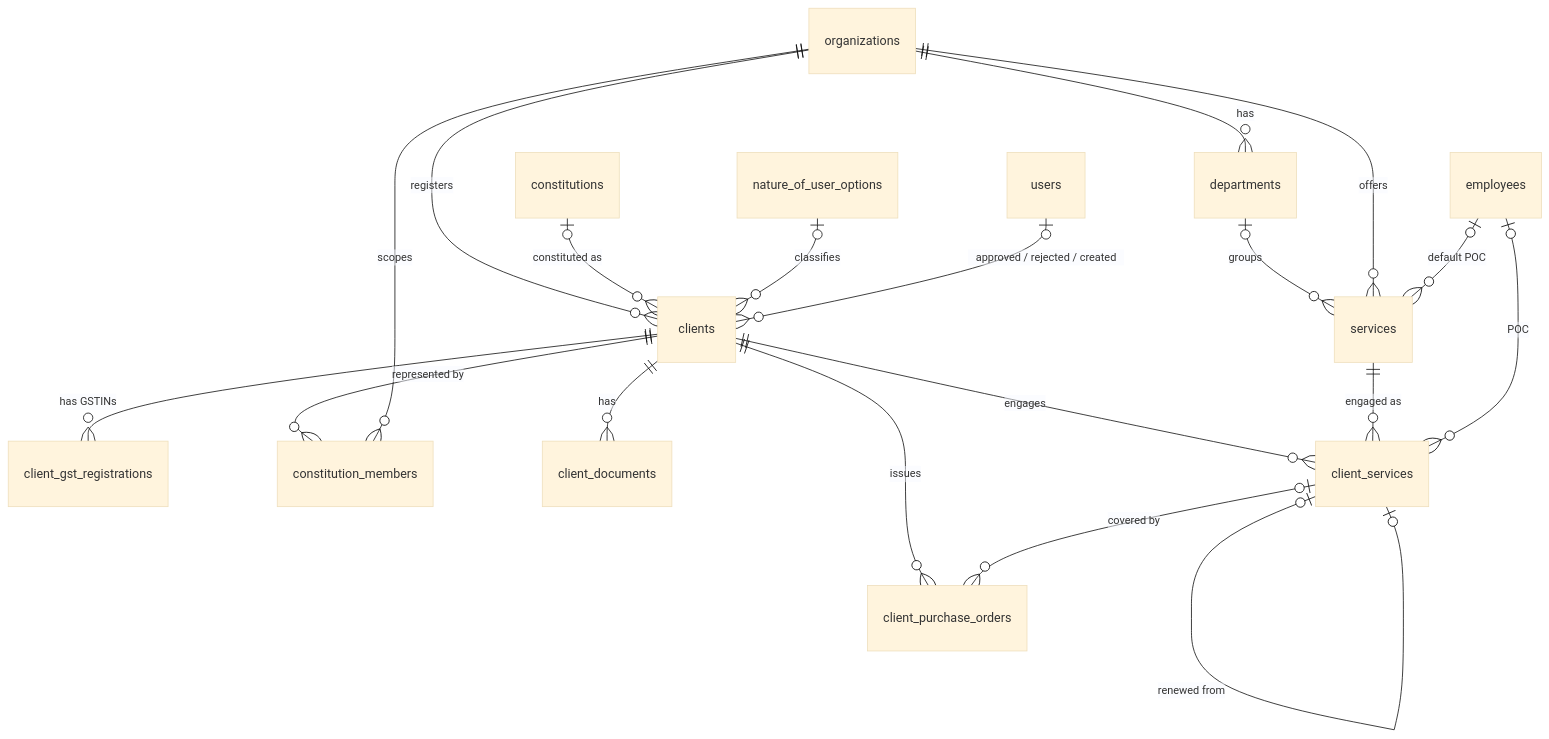
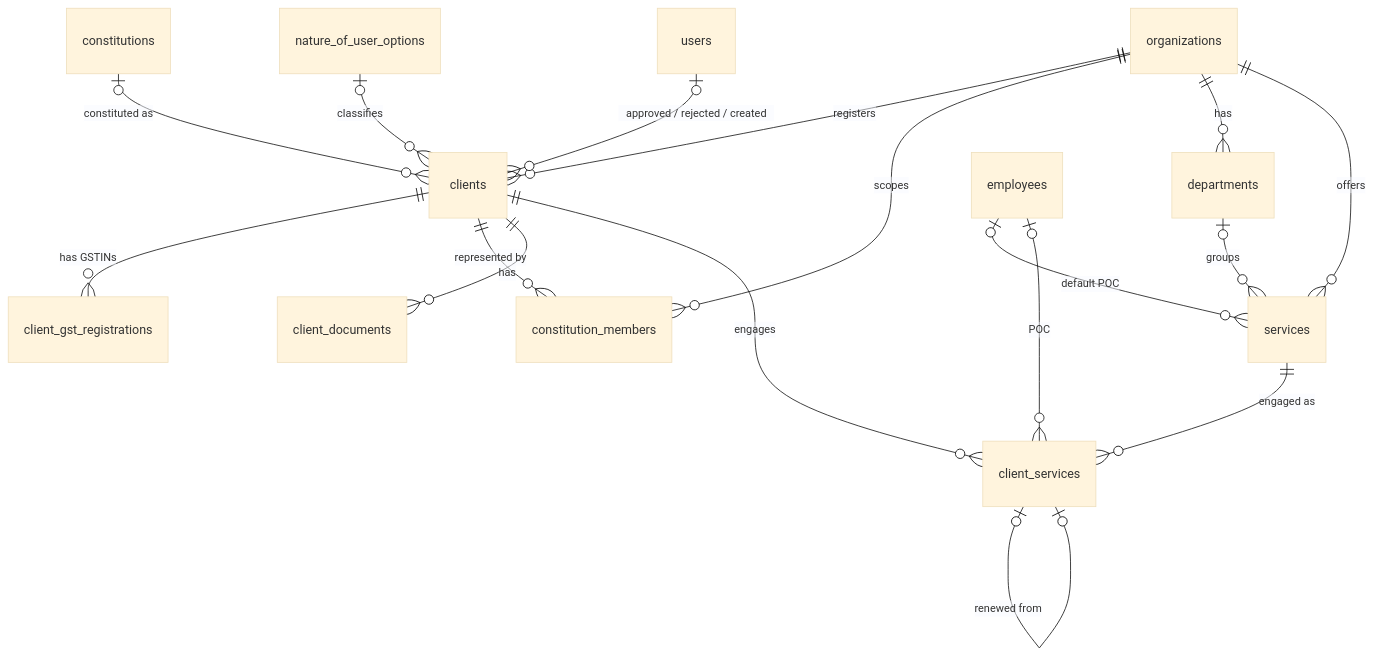
Before and after one commit to priyanshu442004/SS-Dimri: the second of 5 diagrams in docs/database-erd.md, drawn with Mermaid (base theme). The commit also changed other lines of this file and 24 other files, not shown here.

First line of the commit message:
Collect firm constitution people, drop purchase orders, fix notification redirects

````diff
--- a/docs/database-erd.md
+++ b/docs/database-erd.md
@@ -94,21 +94,19 @@
 ```mermaid
 erDiagram
   organizations ||--o{ clients : registers
   constitutions |o--o{ clients : "constituted as"
   nature_of_user_options |o--o{ clients : classifies
   users |o--o{ clients : "approved / rejected / created"
   clients ||--o{ client_gst_registrations : "has GSTINs"
   clients ||--o{ constitution_members : "represented by"
   organizations ||--o{ constitution_members : scopes
   clients ||--o{ client_documents : has
-  clients ||--o{ client_purchase_orders : issues
   organizations ||--o{ departments : has
   departments |o--o{ services : groups
   organizations ||--o{ services : offers
   clients ||--o{ client_services : engages
   services ||--o{ client_services : "engaged as"
   client_services |o--o| client_services : "renewed from"
-  client_services |o--o{ client_purchase_orders : "covered by"
   employees |o--o{ services : "default POC"
   employees |o--o{ client_services : "POC"
 ```
````
